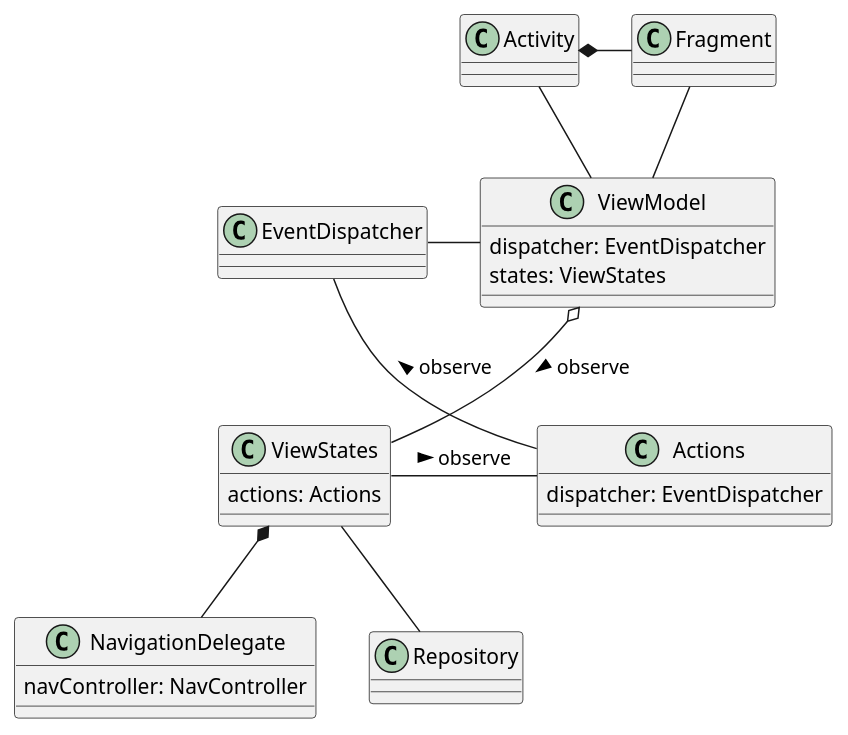
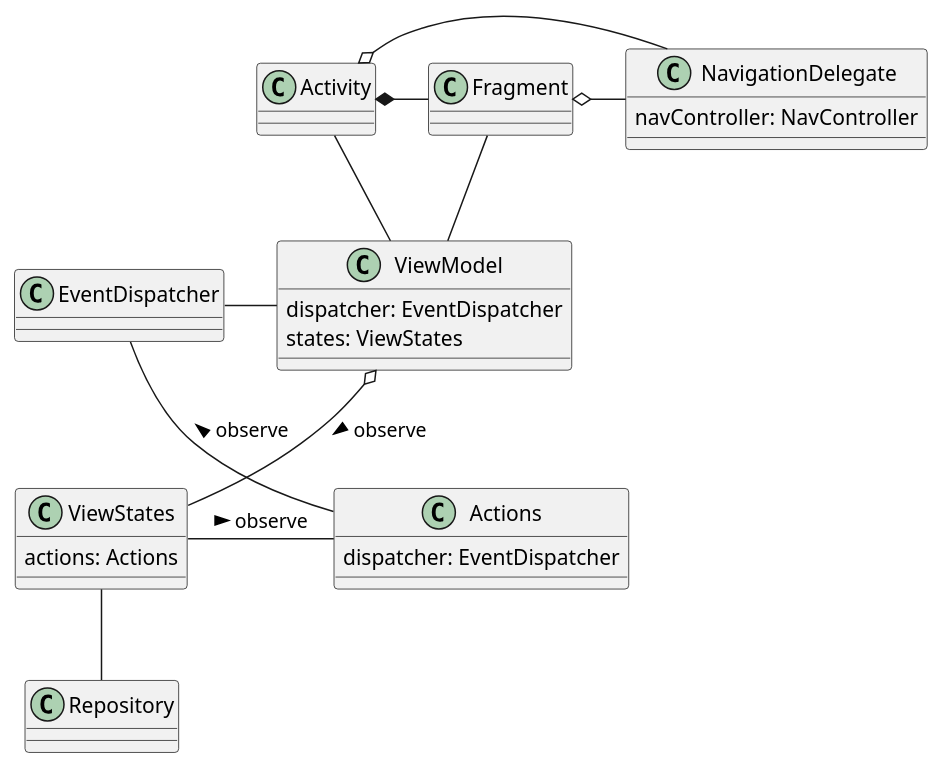
The diagram in docs/class_overview.puml (akihito104/UdonRoad2), drawn with PlantUML before and after one commit. The commit also changed 8 other files, not shown here.

Commit message:
removed navigation delegate from view state of MainViewModel

```diff
--- a/docs/class_overview.puml
+++ b/docs/class_overview.puml
@@ -1,33 +1,36 @@
 @startuml
 
 class Activity
 class Fragment
 class ViewModel {
   dispatcher: EventDispatcher
   states: ViewStates
 }
 
 class EventDispatcher 
 class Actions {
   dispatcher: EventDispatcher
 }
 class ViewStates {
   actions: Actions
 }
 class NavigationDelegate {
   navController: NavController
 }
 
 Activity *- Fragment
 Activity -- ViewModel
+Activity o- NavigationDelegate
+
 Fragment -- ViewModel
+Fragment o- NavigationDelegate
 
 EventDispatcher - ViewModel
 EventDispatcher -- Actions : < observe
 
 ViewModel o-- ViewStates : > observe
 
 ViewStates - Actions : > observe
-ViewStates *-- NavigationDelegate
+'ViewStates *-- NavigationDelegate
 ViewStates -- Repository
 @enduml
```
